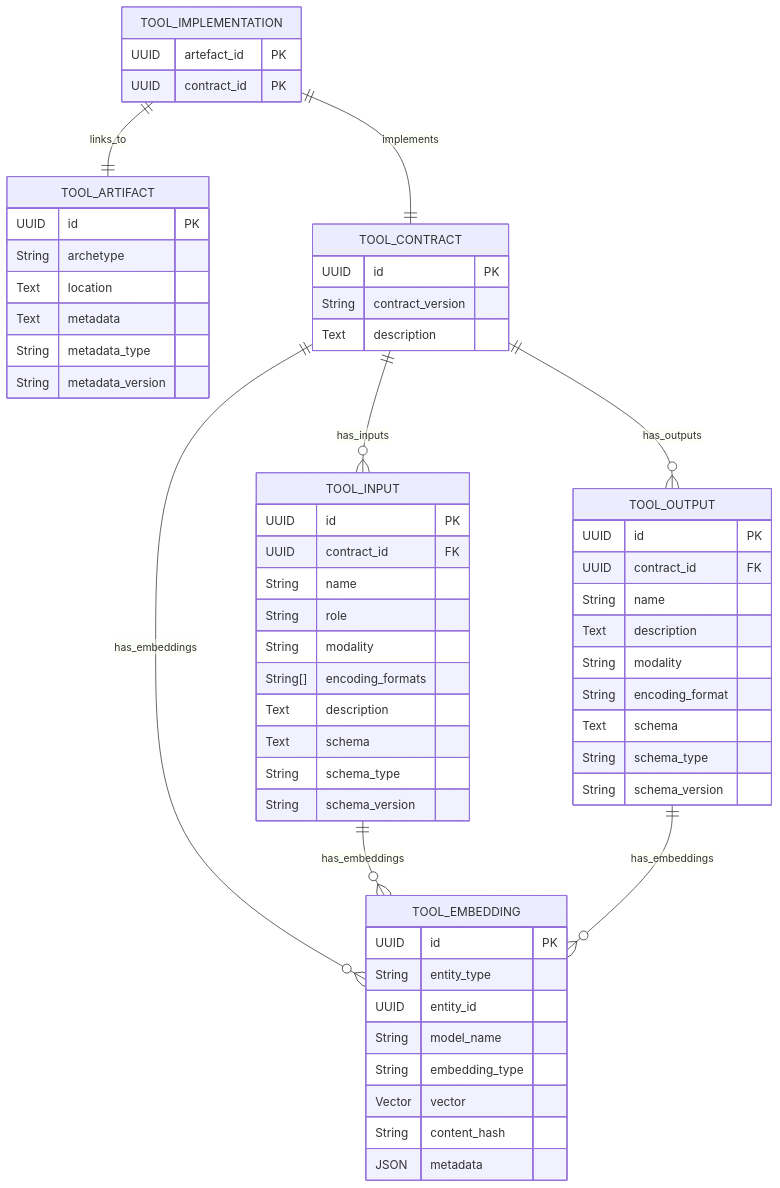
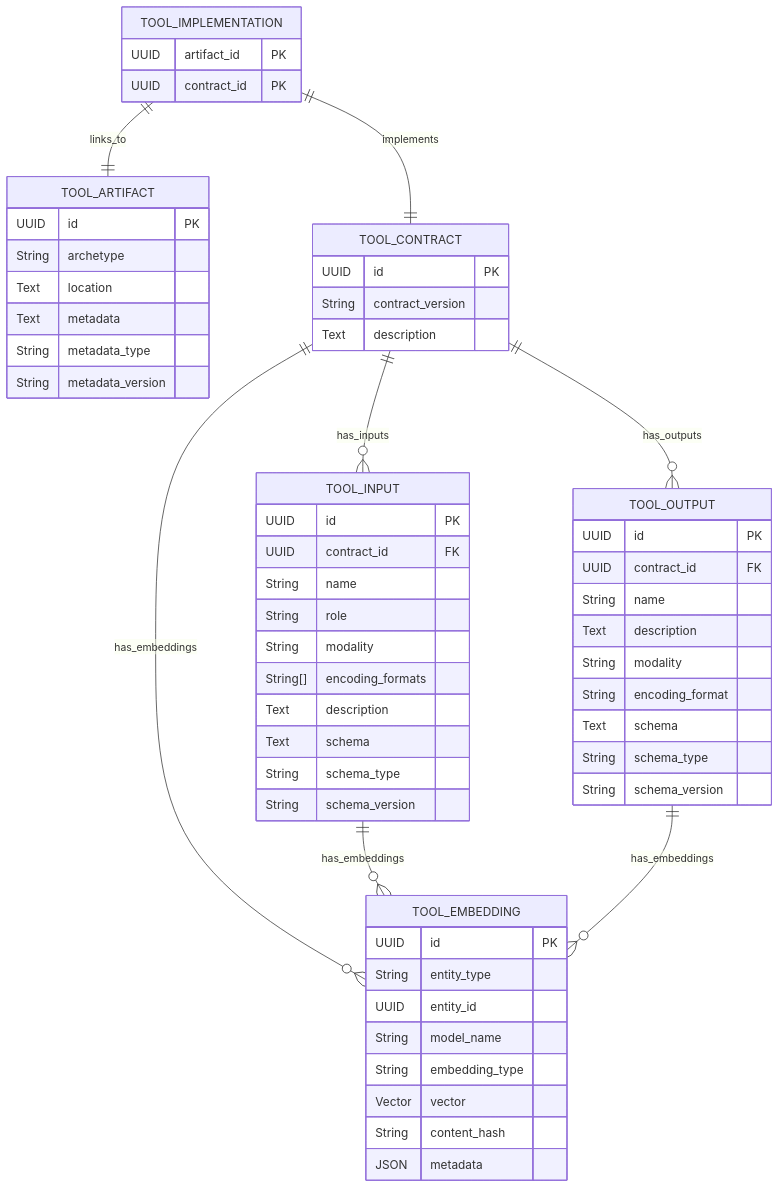
One commit to EOSC-Data-Commons/toolmeta-models changed the diagram in README.md. Above: the diagram before and after it, drawn with Mermaid.

Commit message:
Update models

````diff
--- a/README.md
+++ b/README.md
@@ -6,71 +6,71 @@
 ```mermaid
 erDiagram
     %% Root table
     TOOL_IMPLEMENTATION {
-        UUID artefact_id PK
+        UUID artifact_id PK
         UUID contract_id PK
     }
     
     %% Artefact table
    TOOL_ARTIFACT {
         UUID id PK
         String archetype
         Text location
         Text metadata
         String metadata_type
         String metadata_version
     }
     
     %% Tool contract table
     TOOL_CONTRACT {
         UUID id PK
         String contract_version
         Text description
     }
 
     TOOL_EMBEDDING {
         UUID id PK
         String entity_type
         UUID entity_id 
         String model_name
         String embedding_type
         Vector vector
         String content_hash
         JSON metadata
     }
     
     %% Inputs and outputs
     TOOL_INPUT {
         UUID id PK
         UUID contract_id FK
         String name
         String role
         String modality
         String[] encoding_formats
         Text description
         Text schema
         String schema_type
         String schema_version
     }
     
     TOOL_OUTPUT {
         UUID id PK
         UUID contract_id FK
         String name
         Text description
         String modality
         String encoding_format
         Text schema
         String schema_type
         String schema_version
     }
     
     %% Relationships
     TOOL_IMPLEMENTATION ||--|| TOOL_ARTIFACT : links_to
     TOOL_IMPLEMENTATION ||--|| TOOL_CONTRACT : implements
     TOOL_CONTRACT ||--o{ TOOL_EMBEDDING : has_embeddings
     TOOL_INPUT ||--o{ TOOL_EMBEDDING : has_embeddings
     TOOL_OUTPUT ||--o{ TOOL_EMBEDDING : has_embeddings
     TOOL_CONTRACT ||--o{ TOOL_INPUT : has_inputs
     TOOL_CONTRACT ||--o{ TOOL_OUTPUT : has_outputs
 ```
````
